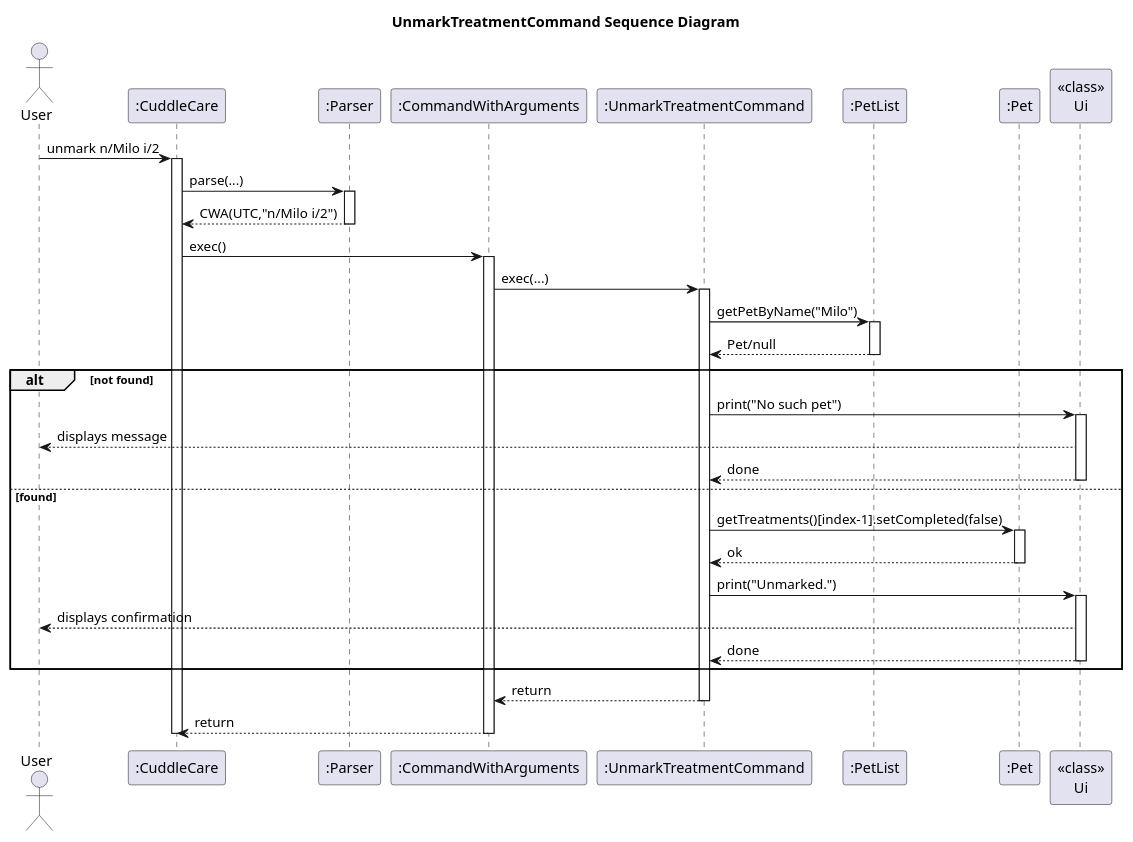
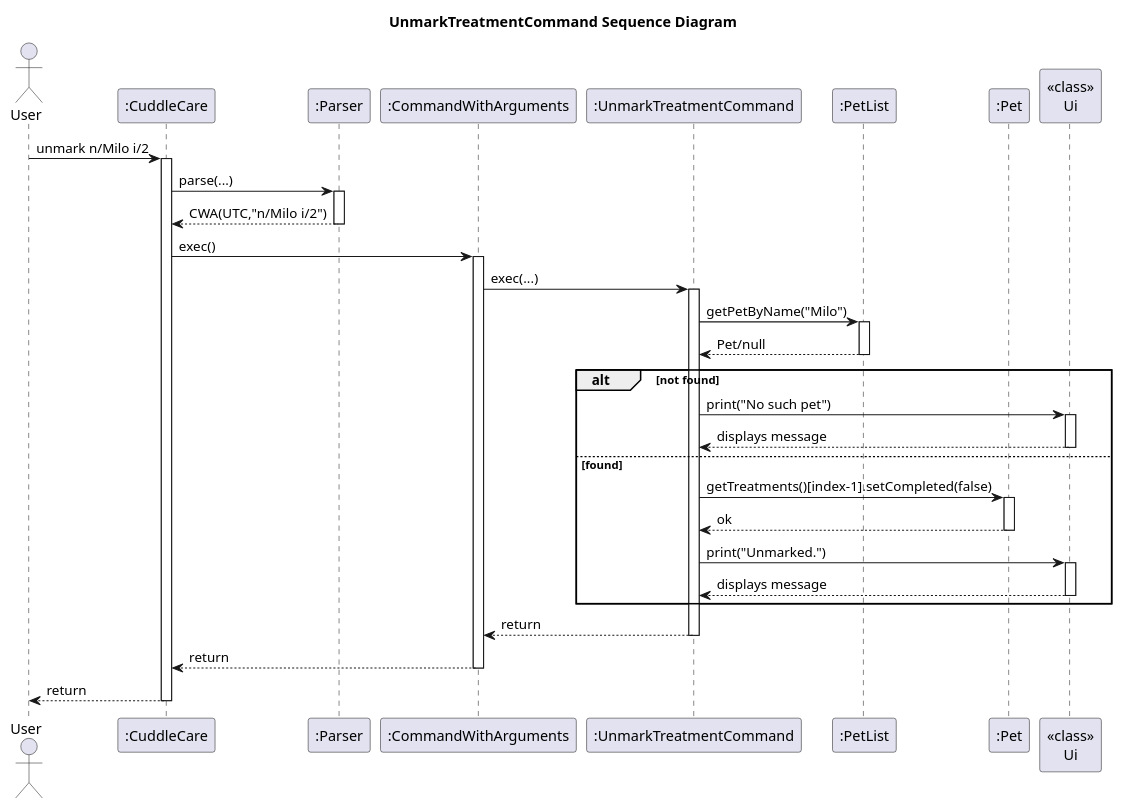
The diagram in docs/uml/UnmarkTreatmentCommand_Sequence_Diagram.puml (Kevin88866/tp), drawn with PlantUML before and after one commit. The commit also changed 9 other files, not shown here.

Commit message:
modify sequence diagram

```diff
--- a/docs/uml/UnmarkTreatmentCommand_Sequence_Diagram.puml
+++ b/docs/uml/UnmarkTreatmentCommand_Sequence_Diagram.puml
@@ -1,51 +1,50 @@
 @startuml
 title UnmarkTreatmentCommand Sequence Diagram
 actor User
 participant ":CuddleCare" as CuddleCare
 participant ":Parser" as Parser
 participant ":CommandWithArguments" as CWA
 participant ":UnmarkTreatmentCommand" as UTC
 participant ":PetList" as PetList
 participant ":Pet" as Pet
 participant "<<class>>\nUi" as Ui
 
 User -> CuddleCare : unmark n/Milo i/2
 activate CuddleCare
 CuddleCare -> Parser : parse(...)
 activate Parser
 Parser --> CuddleCare : CWA(UTC,"n/Milo i/2")
 deactivate Parser
 
 CuddleCare -> CWA : exec()
 activate CWA
 CWA -> UTC : exec(...)
 activate UTC
 UTC -> PetList : getPetByName("Milo")
 activate PetList
 PetList --> UTC : Pet/null
 deactivate PetList
 
 alt not found
   UTC -> Ui : print("No such pet")
   activate Ui
-  Ui --> User : displays message
-  Ui --> UTC : done
+  Ui --> UTC : displays message
   deactivate Ui
 else found
   UTC -> Pet : getTreatments()[index-1].setCompleted(false)
   activate Pet
   Pet --> UTC : ok
   deactivate Pet
   UTC -> Ui : print("Unmarked.")
   activate Ui
-  Ui --> User : displays confirmation
-  Ui --> UTC : done
+  Ui --> UTC : displays message
   deactivate Ui
 end
 
 UTC --> CWA : return
 deactivate UTC
 CWA --> CuddleCare : return
 deactivate CWA
+CuddleCare --> User : return
 deactivate CuddleCare
 @enduml
```
